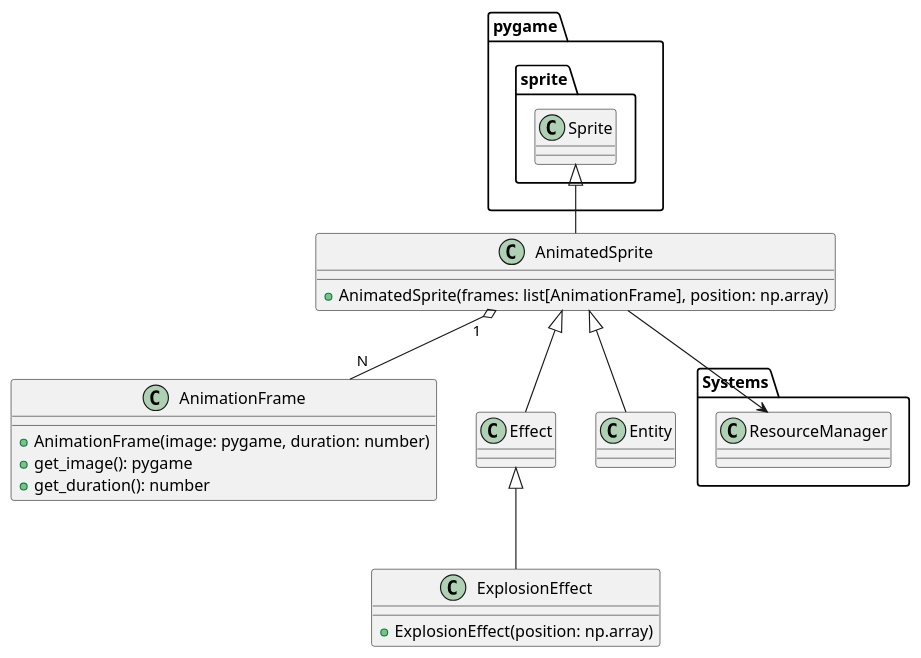
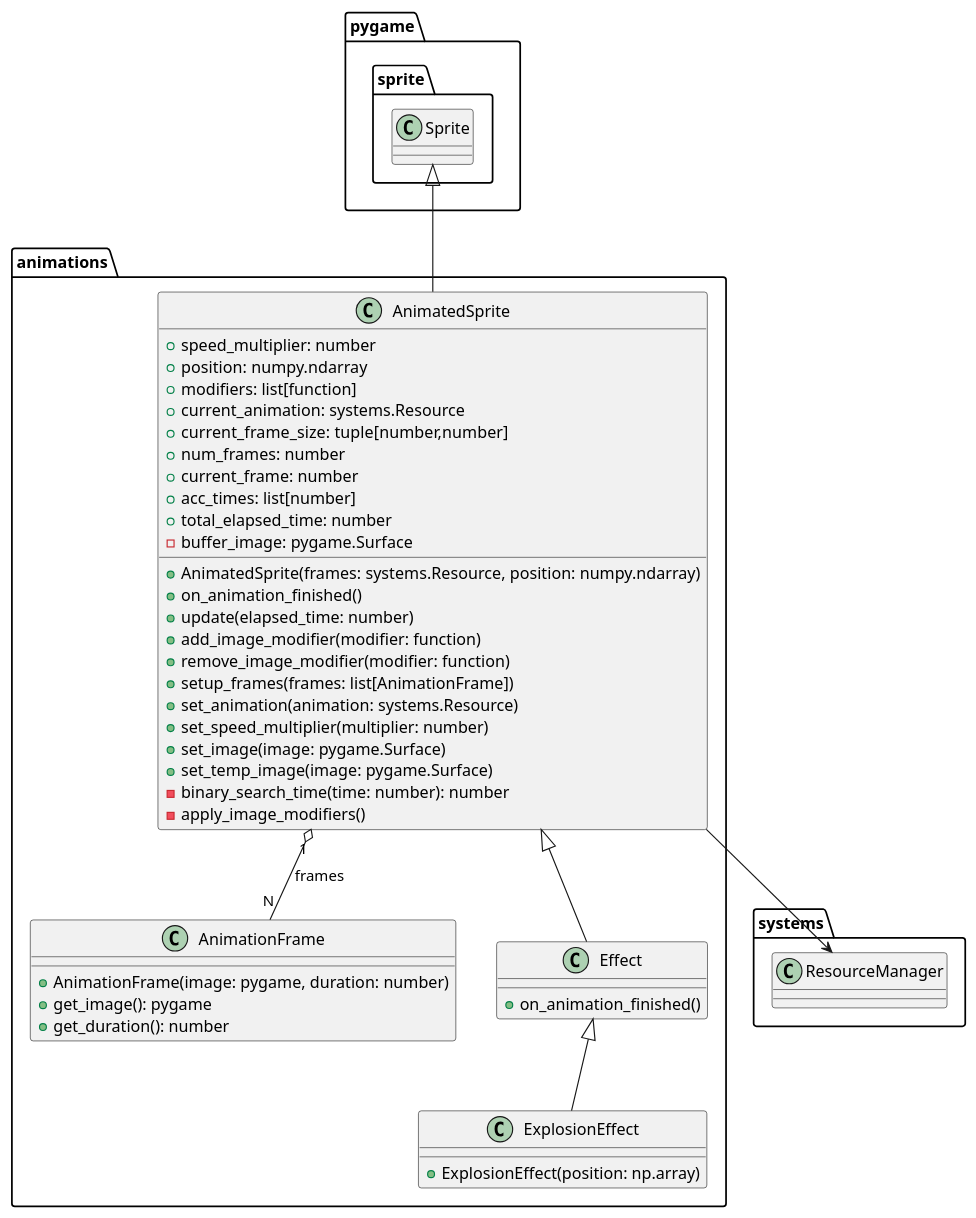
One commit to daavidrgz/galactic-gambit changed the diagram in docs/diagrams/sprites.pu. Above: the diagram before and after it, drawn with PlantUML. The commit also changed 1 other file, not shown here.

Commit message:
sprites diagram

```diff
--- a/docs/diagrams/sprites.pu
+++ b/docs/diagrams/sprites.pu
@@ -2,28 +2,47 @@
 @startuml sprites
 class pygame.sprite.Sprite{}
 
-class AnimatedSprite extends pygame.sprite.Sprite{
-    +AnimatedSprite(frames: list[AnimationFrame], position: np.array)
-    
+class animations.AnimatedSprite extends pygame.sprite.Sprite{
+    + speed_multiplier: number
+    + position: numpy.ndarray
+    + modifiers: list[function]
+    + current_animation: systems.Resource
+    + current_frame_size: tuple[number,number]
+    + num_frames: number
+    + current_frame: number
+    + acc_times: list[number]
+    + total_elapsed_time: number
+    - buffer_image: pygame.Surface
+
+    + AnimatedSprite(frames: systems.Resource, position: numpy.ndarray)
+    + on_animation_finished()
+    + update(elapsed_time: number)
+    + add_image_modifier(modifier: function)
+    + remove_image_modifier(modifier: function)
+    + setup_frames(frames: list[AnimationFrame])
+    + set_animation(animation: systems.Resource)
+    + set_speed_multiplier(multiplier: number)
+    + set_image(image: pygame.Surface)
+    + set_temp_image(image: pygame.Surface)
+    - binary_search_time(time: number): number
+    - apply_image_modifiers()
 }
 
-AnimatedSprite --> Systems.ResourceManager
+animations.AnimatedSprite --> systems.ResourceManager
 
-class AnimationFrame{
+class animations.AnimationFrame{
     + AnimationFrame(image: pygame, duration: number)
     + get_image(): pygame
     + get_duration(): number 
 }
 
-AnimatedSprite "1" o-- "N" AnimationFrame
+animations.AnimatedSprite "1" o-- "N" animations.AnimationFrame: frames
 
-class Effect extends AnimatedSprite{
-
+class animations.Effect extends animations.AnimatedSprite{
+    + on_animation_finished()
 }
 
-class ExplosionEffect extends Effect{
-    +ExplosionEffect(position: np.array)
+class animations.ExplosionEffect extends animations.Effect{
+    + ExplosionEffect(position: np.array)
 }
-class Entity extends AnimatedSprite
-
 @enduml
```
